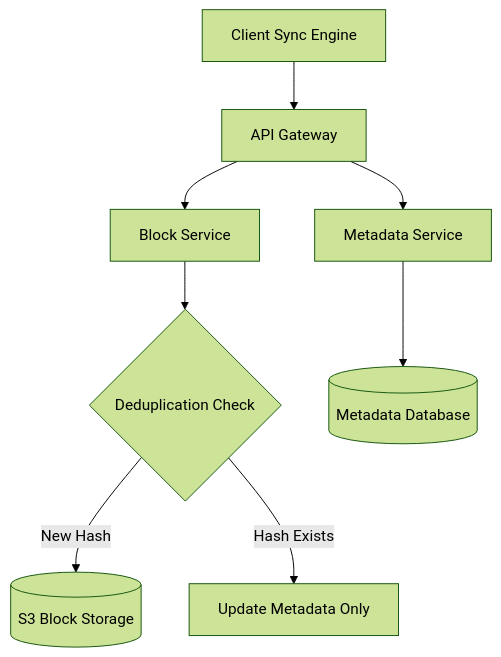
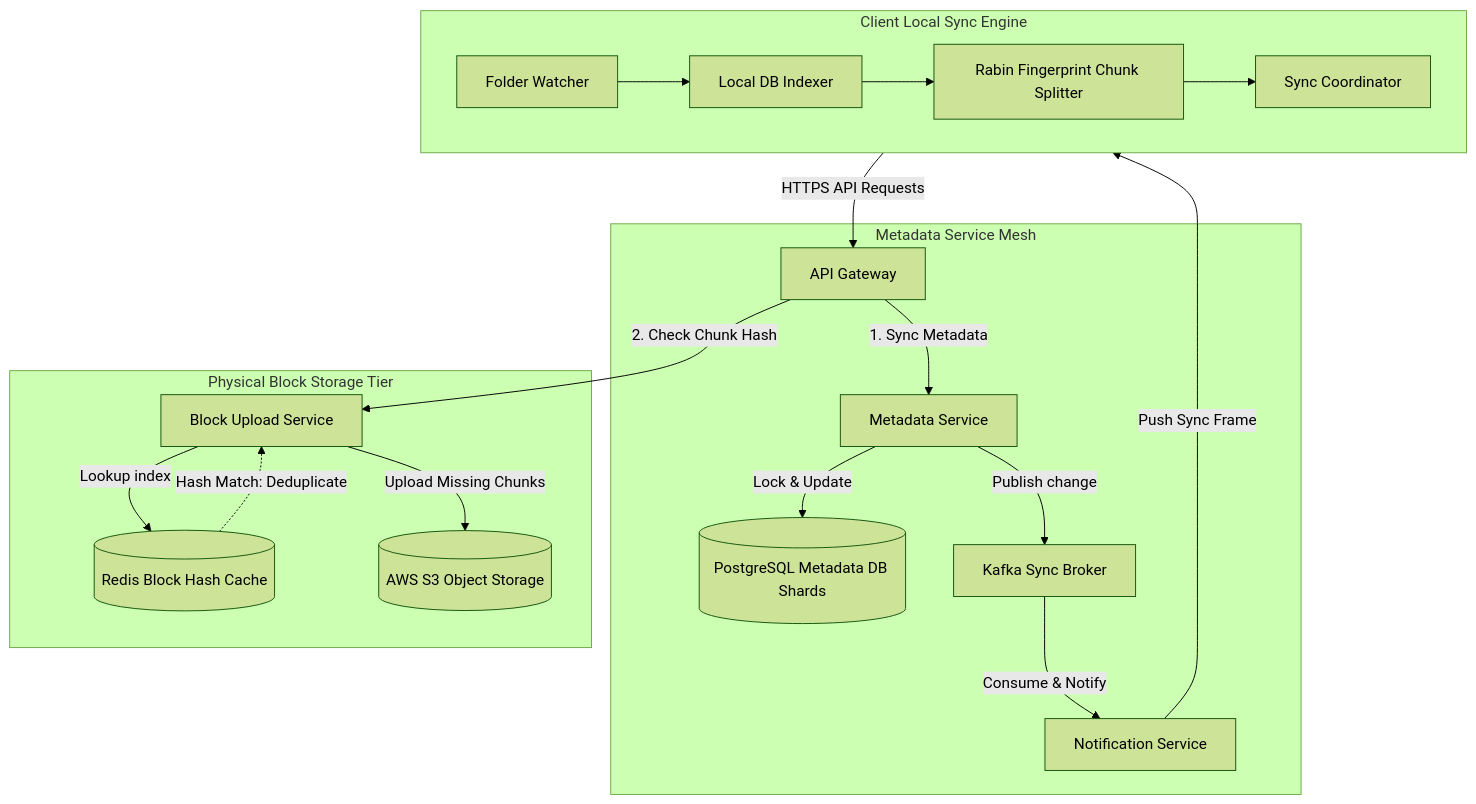
One commit to gp330841/interview changed the diagram in high-level-design/concepts/25-design-google-drive.md. Above: the diagram before and after it, drawn with Mermaid (forest theme). The commit also changed other lines of this file and 66 other files, not shown here.

````diff
--- a/high-level-design/concepts/25-design-google-drive.md
+++ b/high-level-design/concepts/25-design-google-drive.md
@@ -17,10 +49,34 @@
 ```mermaid
 flowchart TD
-    Client[Client Sync Engine] --> Gateway[API Gateway]
-    Gateway --> BlockServer[Block Service]
-    Gateway --> MetaServer[Metadata Service]
-    BlockServer --> HashCheck{Deduplication Check}
-    HashCheck -->|New Hash| S3[(S3 Block Storage)]
-    HashCheck -->|Hash Exists| MetaUpdate[Update Metadata Only]
-    MetaServer --> MetaDB[(Metadata Database)]
+    %% Client sync engine
+    subgraph Client [Client Local Sync Engine]
+        Watcher[Folder Watcher] --> Indexer[Local DB Indexer]
+        Indexer --> ChunkSplitter[Rabin Fingerprint Chunk Splitter]
+        ChunkSplitter --> SyncCoord[Sync Coordinator]
+    end
+    
+    %% Gateway
+    Client -->|HTTPS API Requests| Gateway[API Gateway]
+    
+    %% Metadata Path
+    subgraph MetadataTier [Metadata Service Mesh]
+        Gateway -->|1. Sync Metadata| MetaSvc[Metadata Service]
+        MetaSvc -->|Lock & Update| MetaDB[(PostgreSQL Metadata DB Shards)]
+        MetaSvc -->|Publish change| Kafka[Kafka Sync Broker]
+        Kafka -->|Consume & Notify| NotifySvc[Notification Service]
+    end
+    
+    %% Notification delivery
+    NotifySvc -->|Push Sync Frame| Client
+    
+    %% Block Data Path
+    subgraph BlockTier [Physical Block Storage Tier]
+        Gateway -->|2. Check Chunk Hash| BlockSvc[Block Upload Service]
+        BlockSvc -->|Lookup index| RedisCache[(Redis Block Hash Cache)]
+        
+        %% Deduplication Check
+        RedisCache -.->|Hash Match: Deduplicate| BlockSvc
+        
+        BlockSvc -->|Upload Missing Chunks| S3Block[(AWS S3 Object Storage)]
+    end
 ```
````
